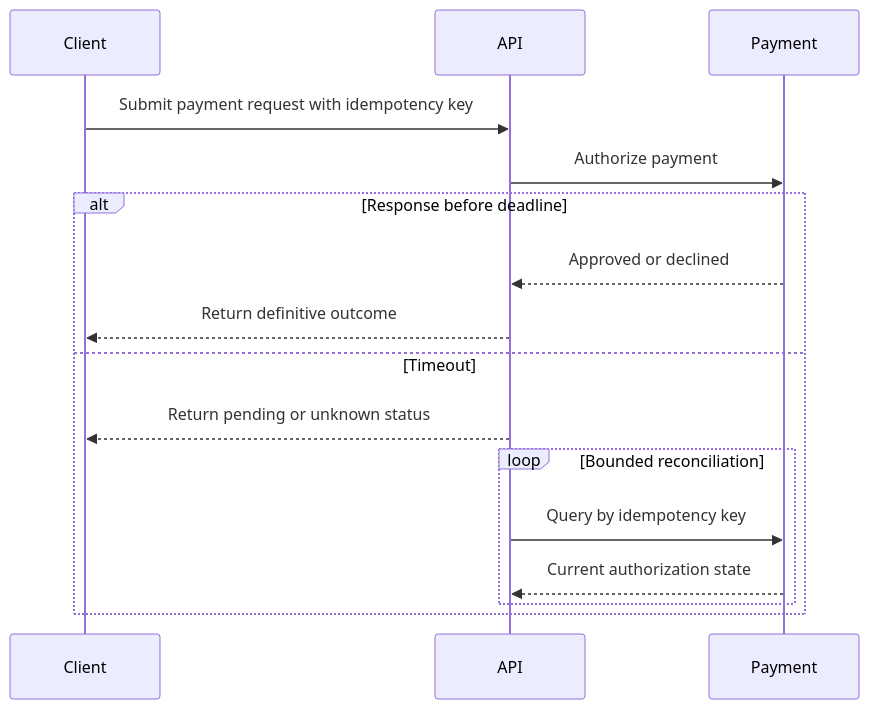
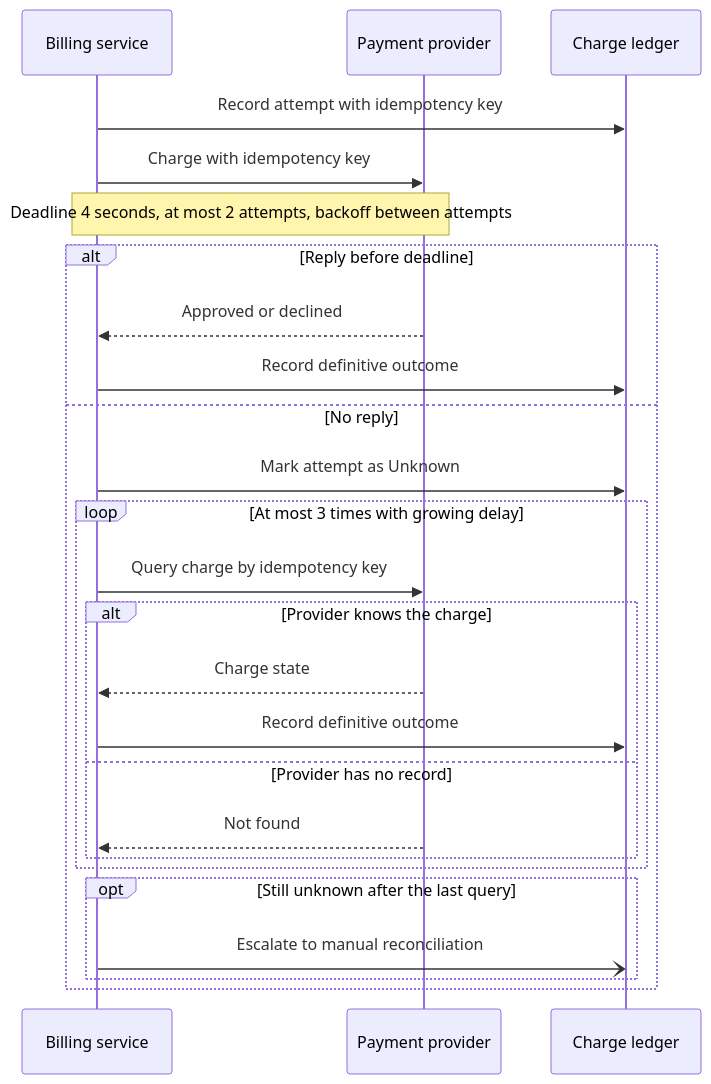
The sixth of 13 diagrams in 21_Architecture_Documentation/CH05_Sequence_Diagrams.md (joydasss/Architect), drawn with Mermaid before and after one commit. The commit also changed other lines of this file and 22 other files, not shown here.

Commit message:
Architecture changes

````diff
--- a/21_Architecture_Documentation/CH05_Sequence_Diagrams.md
+++ b/21_Architecture_Documentation/CH05_Sequence_Diagrams.md
@@ -56,18 +289,27 @@
 ```mermaid
 sequenceDiagram
-    participant Client
-    participant API
-    participant Payment
-    Client->>API: Submit payment request with idempotency key
-    API->>Payment: Authorize payment
-    alt Response before deadline
-        Payment-->>API: Approved or declined
-        API-->>Client: Return definitive outcome
-    else Timeout
-        API-->>Client: Return pending or unknown status
-        loop Bounded reconciliation
-            API->>Payment: Query by idempotency key
-            Payment-->>API: Current authorization state
+    participant Billing as Billing service
+    participant Provider as Payment provider
+    participant Ledger as Charge ledger
+    Billing->>Ledger: Record attempt with idempotency key
+    Billing->>Provider: Charge with idempotency key
+    Note over Billing,Provider: Deadline 4 seconds, at most 2 attempts, backoff between attempts
+    alt Reply before deadline
+        Provider-->>Billing: Approved or declined
+        Billing->>Ledger: Record definitive outcome
+    else No reply
+        Billing->>Ledger: Mark attempt as Unknown
+        loop At most 3 times with growing delay
+            Billing->>Provider: Query charge by idempotency key
+            alt Provider knows the charge
+                Provider-->>Billing: Charge state
+                Billing->>Ledger: Record definitive outcome
+            else Provider has no record
+                Provider-->>Billing: Not found
+            end
+        end
+        opt Still unknown after the last query
+            Billing-)Ledger: Escalate to manual reconciliation
         end
     end
 ```
````
